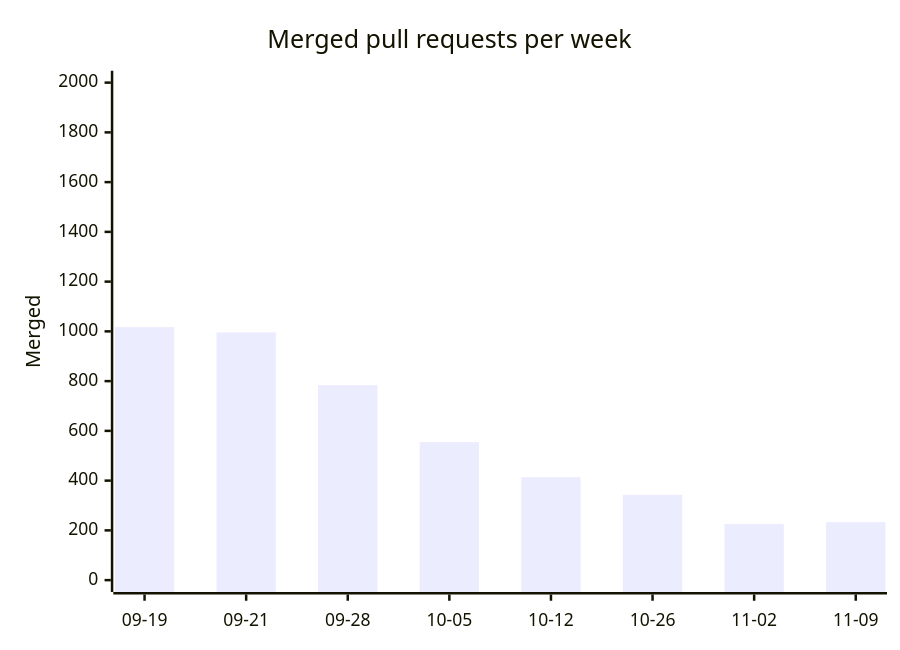
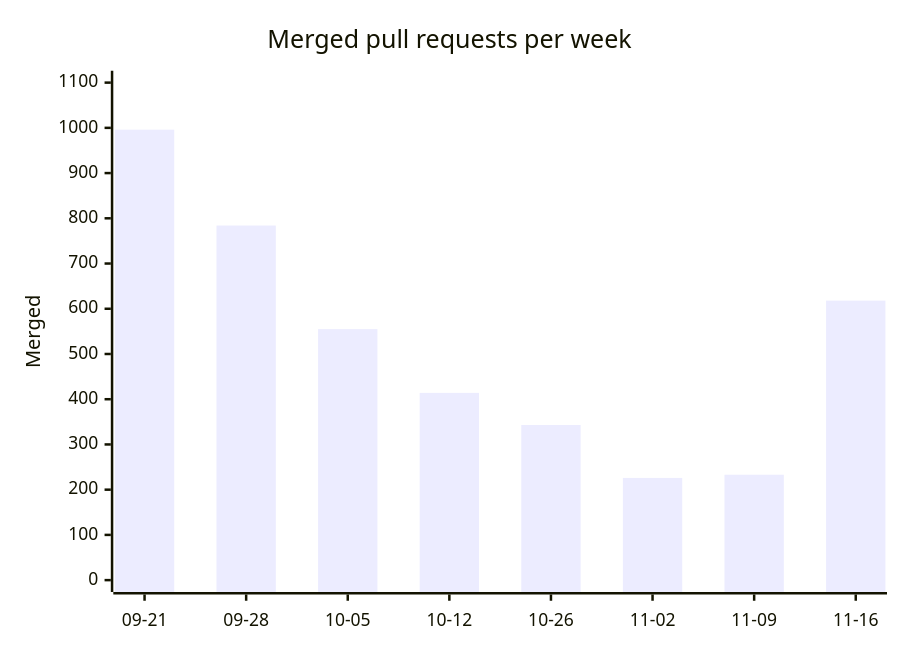
Before and after one commit to sipyourdrink-ltd/bernstein: the first of 3 diagrams in project-pulse.md, drawn with Mermaid. The commit also changed other lines of this file and 4 other files, not shown here.

````diff
--- a/project-pulse.md
+++ b/project-pulse.md
@@ -18,7 +18,7 @@
 ```mermaid
 xychart-beta
     title "Merged pull requests per week"
-    x-axis ["09-19", "09-21", "09-28", "10-05", "10-12", "10-26", "11-02", "11-09"]
-    y-axis "Merged" 0 --> 2000
-    bar [1017, 996, 784, 555, 414, 343, 226, 233]
+    x-axis ["09-21", "09-28", "10-05", "10-12", "10-26", "11-02", "11-09", "11-16"]
+    y-axis "Merged" 0 --> 1100
+    bar [996, 784, 555, 414, 343, 226, 233, 618]
 ```
````
